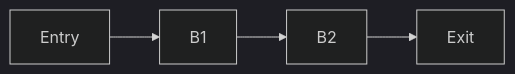
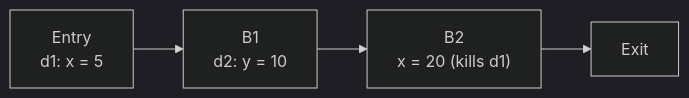
Before and after one commit to hiraditya/hiraditya.github.io: the diagram in _posts/2026-06-24-lattice-theory-compiler-engineers.md, drawn with Mermaid (dark theme). The commit also changed other lines of this file, not shown here.

Commit message:
Add pseudo-code definitions to CFG example for clarity

````diff
--- a/_posts/2026-06-24-lattice-theory-compiler-engineers.md
+++ b/_posts/2026-06-24-lattice-theory-compiler-engineers.md
@@ -118,6 +118,6 @@
 ```mermaid
 flowchart LR
-	Entry --> B1
-	B1 --> B2
-	B2 --> Exit
+	Entry["Entry<br/>d1: x = 5"] --> B1["B1<br/>d2: y = 10"]
+	B1 --> B2["B2<br/>x = 20 (kills d1)"]
+	B2 --> Exit["Exit"]
 ```
````
